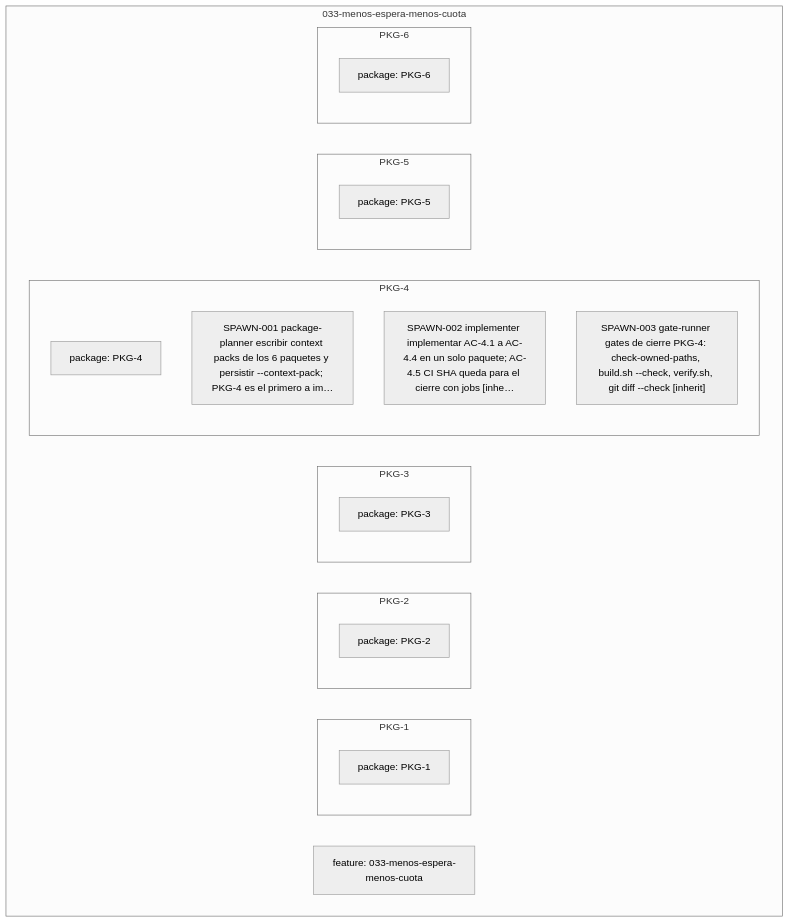
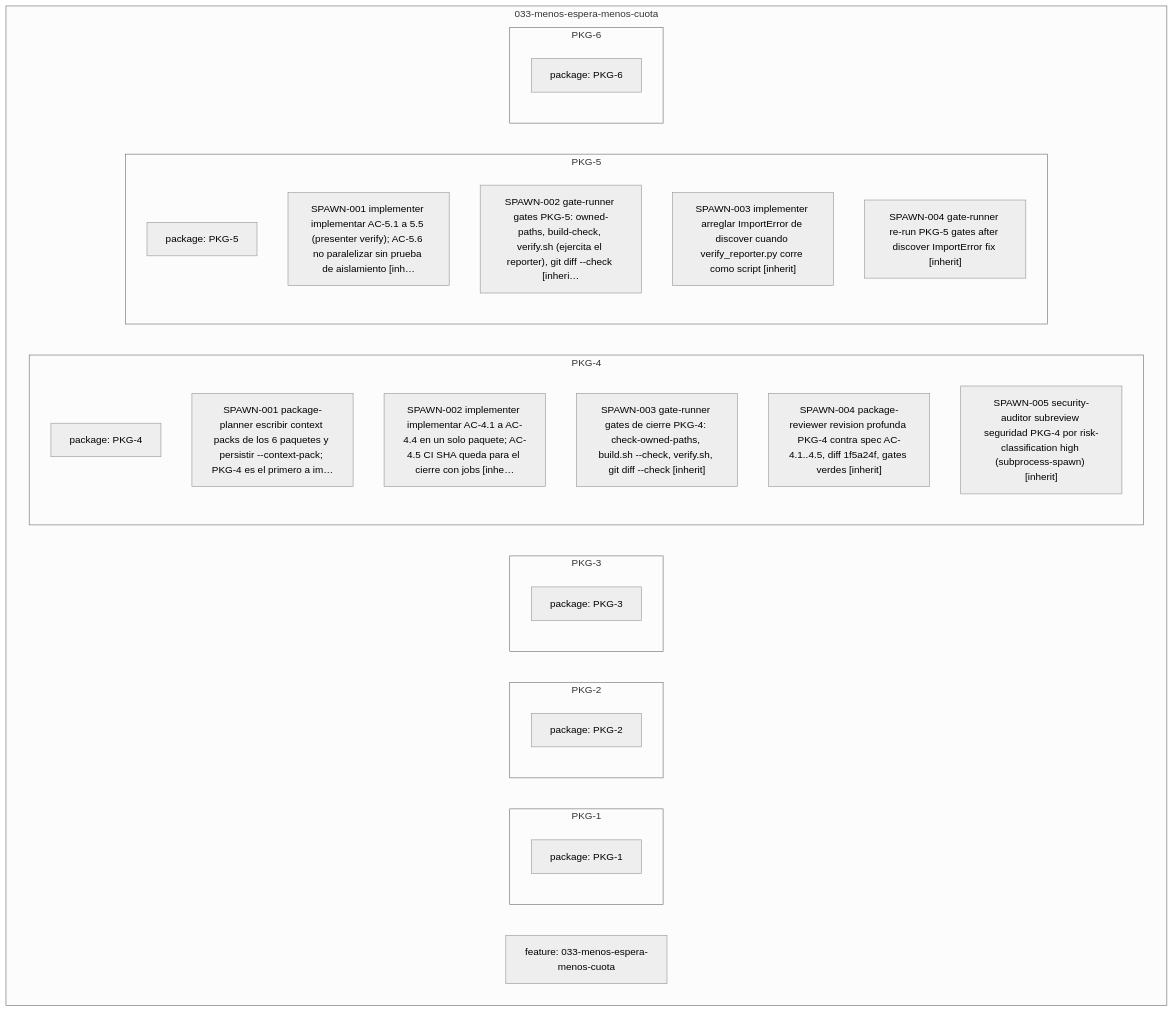
One commit to federico0330/set-agents changed the diagram in docs/notas/features/033-menos-espera-menos-cuota/grafo.md. Above: the diagram before and after it, drawn with Mermaid (neutral theme). The commit also changed 12 other files, not shown here.

````diff
--- a/docs/notas/features/033-menos-espera-menos-cuota/grafo.md
+++ b/docs/notas/features/033-menos-espera-menos-cuota/grafo.md
@@ -4,27 +4,33 @@
 ```mermaid
 flowchart TD
 subgraph sg_033_menos_espera_menos_cuota["033-menos-espera-menos-cuota"]
   feature_033_menos_espera_menos_cuota_1["feature: 033-menos-espera-menos-cuota"]
   subgraph sg_033_menos_espera_menos_cuota_pkg_1["PKG-1"]
     package_033_menos_espera_menos_cuota_pkg_1_1["package: PKG-1"]
   end
   subgraph sg_033_menos_espera_menos_cuota_pkg_2["PKG-2"]
     package_033_menos_espera_menos_cuota_pkg_2_1["package: PKG-2"]
   end
   subgraph sg_033_menos_espera_menos_cuota_pkg_3["PKG-3"]
     package_033_menos_espera_menos_cuota_pkg_3_1["package: PKG-3"]
   end
   subgraph sg_033_menos_espera_menos_cuota_pkg_4["PKG-4"]
     package_033_menos_espera_menos_cuota_pkg_4_1["package: PKG-4"]
     spawn_033_menos_espera_menos_cuota_pkg_4_1["SPAWN-001 package-planner escribir context packs de los 6 paquetes y persistir --context-pack#59; PKG-4 es el primero a im…"]
     spawn_033_menos_espera_menos_cuota_pkg_4_2["SPAWN-002 implementer implementar AC-4.1 a AC-4.4 en un solo paquete#59; AC-4.5 CI SHA queda para el cierre con jobs #91;inhe…"]
     spawn_033_menos_espera_menos_cuota_pkg_4_3["SPAWN-003 gate-runner gates de cierre PKG-4: check-owned-paths, build.sh --check, verify.sh, git diff --check #91;inherit#93;"]
+    spawn_033_menos_espera_menos_cuota_pkg_4_4["SPAWN-004 package-reviewer revision profunda PKG-4 contra spec AC-4.1..4.5, diff 1f5a24f, gates verdes #91;inherit#93;"]
+    spawn_033_menos_espera_menos_cuota_pkg_4_5["SPAWN-005 security-auditor subreview seguridad PKG-4 por risk-classification high #40;subprocess-spawn#41; #91;inherit#93;"]
   end
   subgraph sg_033_menos_espera_menos_cuota_pkg_5["PKG-5"]
     package_033_menos_espera_menos_cuota_pkg_5_1["package: PKG-5"]
+    spawn_033_menos_espera_menos_cuota_pkg_5_1["SPAWN-001 implementer implementar AC-5.1 a 5.5 #40;presenter verify#41;#59; AC-5.6 no paralelizar sin prueba de aislamiento #91;inh…"]
+    spawn_033_menos_espera_menos_cuota_pkg_5_2["SPAWN-002 gate-runner gates PKG-5: owned-paths, build-check, verify.sh #40;ejercita el reporter#41;, git diff --check #91;inheri…"]
+    spawn_033_menos_espera_menos_cuota_pkg_5_3["SPAWN-003 implementer arreglar ImportError de discover cuando verify_reporter.py corre como script #91;inherit#93;"]
+    spawn_033_menos_espera_menos_cuota_pkg_5_4["SPAWN-004 gate-runner re-run PKG-5 gates after discover ImportError fix #91;inherit#93;"]
   end
   subgraph sg_033_menos_espera_menos_cuota_pkg_6["PKG-6"]
     package_033_menos_espera_menos_cuota_pkg_6_1["package: PKG-6"]
   end
 end
 ```
````
